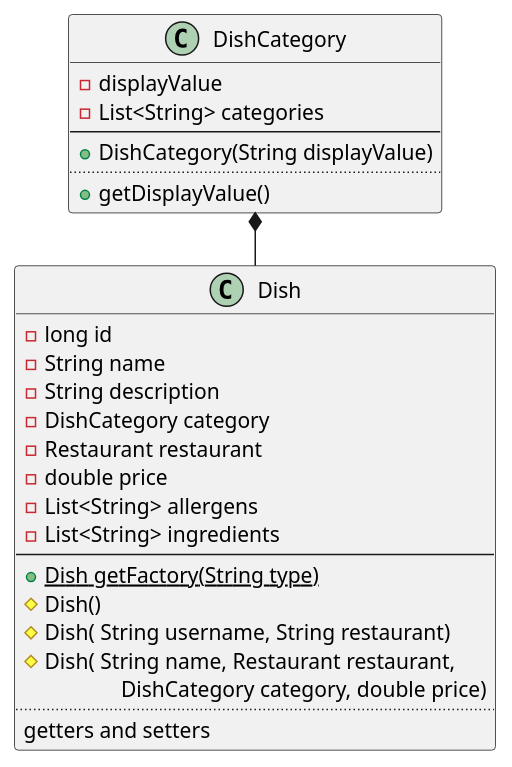
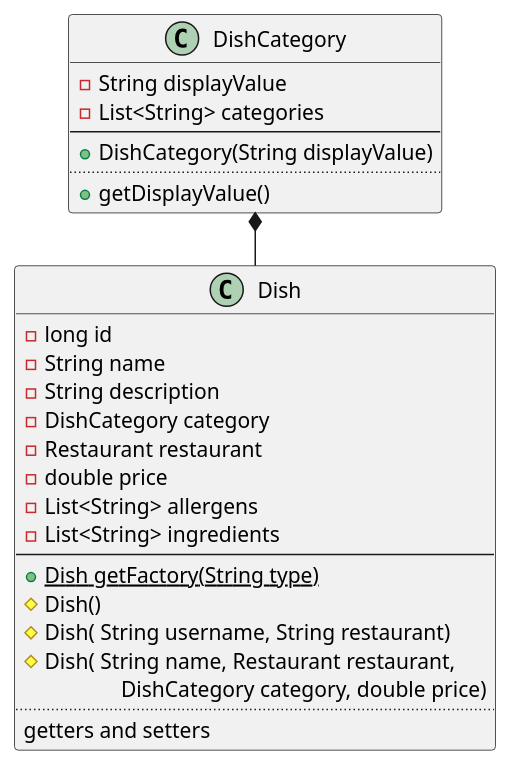
The diagram in src/main/java/unipa/fooddelivery/diagrams/class/dish.wsd (TommasoScalici/FoodDelivery), drawn with PlantUML before and after one commit. The commit also changed 3 other files, not shown here.

Commit message:
complete classes diagram (order, dish, reservation, restaurant) *before tom check*

```diff
--- a/src/main/java/unipa/fooddelivery/diagrams/class/dish.wsd
+++ b/src/main/java/unipa/fooddelivery/diagrams/class/dish.wsd
@@ -1,32 +1,32 @@
 @startuml user
 left to right direction
 class Dish {
   -long id
   -String name
   -String description
   -DishCategory category
   -Restaurant restaurant
   -double price
   -List<String> allergens
   -List<String> ingredients
   --
   +Dish {static} getFactory(String type)
   #Dish()
   #Dish( String username, String restaurant)
   #Dish( String name, Restaurant restaurant, 
   \t      DishCategory category, double price)
   ..
   getters and setters
 }
 
 class DishCategory{
-    -displayValue
+    -String displayValue
     -List<String> categories
     --
     +DishCategory(String displayValue)
     ..
     +getDisplayValue()
 }
 
 DishCategory *- Dish
 @enduml
```
